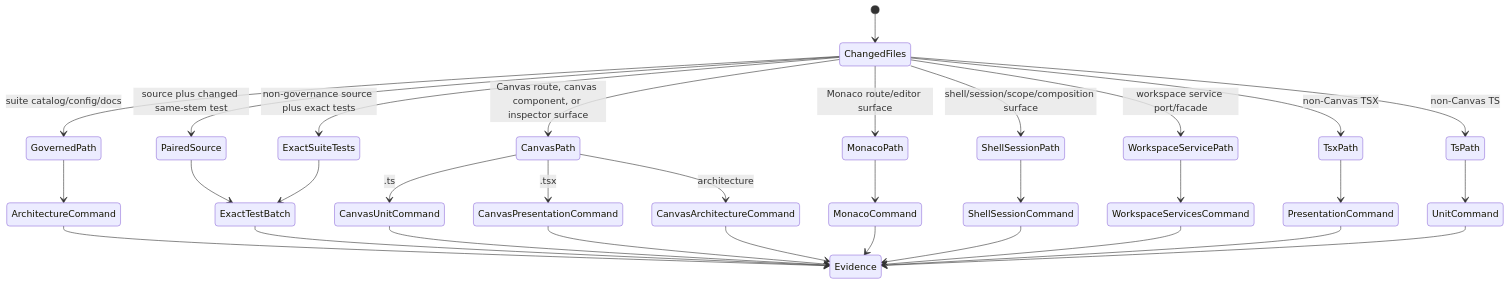
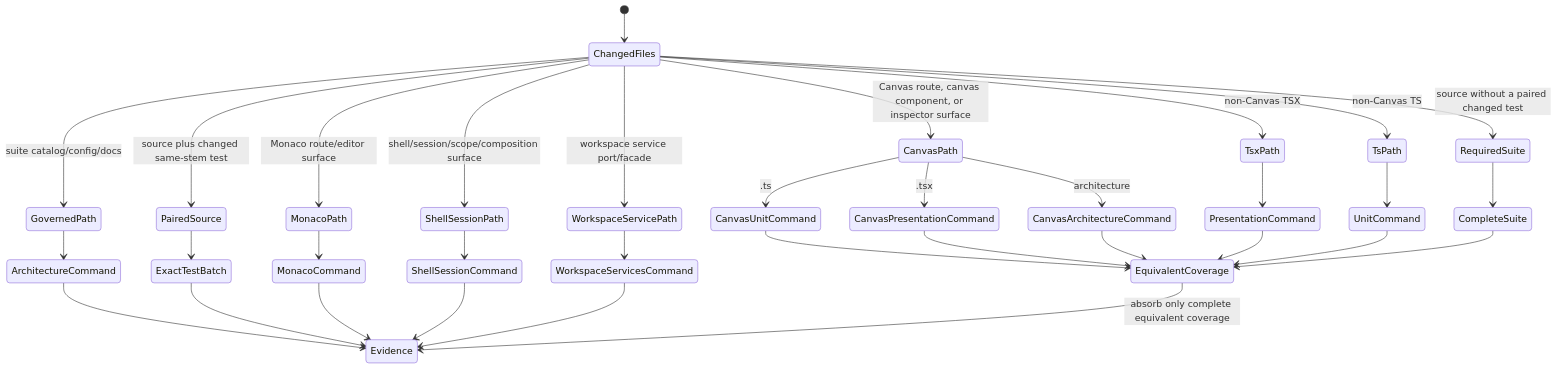
The first of 2 diagrams in docs/architecture/components/web/web-vitest-changed-suite-router-component.md (dunay2/dvt), drawn with Mermaid before and after one commit. The commit also changed other lines of this file and 6 other files, not shown here.

Commit message:
perf(web): Preserve test obligations and deduplicate Canvas suites (#3543)

````diff
--- a/docs/architecture/components/web/web-vitest-changed-suite-router-component.md
+++ b/docs/architecture/components/web/web-vitest-changed-suite-router-component.md
@@ -88,34 +96,36 @@
 ```mermaid
 stateDiagram-v2
   [*] --> ChangedFiles
   ChangedFiles --> GovernedPath: suite catalog/config/docs
   ChangedFiles --> PairedSource: source plus changed same-stem test
-  ChangedFiles --> ExactSuiteTests: non-governance source plus exact tests
+  ChangedFiles --> RequiredSuite: source without a paired changed test
   ChangedFiles --> CanvasPath: Canvas route, canvas component, or inspector surface
   ChangedFiles --> MonacoPath: Monaco route/editor surface
   ChangedFiles --> ShellSessionPath: shell/session/scope/composition surface
   ChangedFiles --> WorkspaceServicePath: workspace service port/facade
   ChangedFiles --> TsxPath: non-Canvas TSX
   ChangedFiles --> TsPath: non-Canvas TS
   GovernedPath --> ArchitectureCommand
   PairedSource --> ExactTestBatch
-  ExactSuiteTests --> ExactTestBatch
+  RequiredSuite --> CompleteSuite
   CanvasPath --> CanvasUnitCommand: .ts
   CanvasPath --> CanvasPresentationCommand: .tsx
   CanvasPath --> CanvasArchitectureCommand: architecture
   MonacoPath --> MonacoCommand
   ShellSessionPath --> ShellSessionCommand
   WorkspaceServicePath --> WorkspaceServicesCommand
   TsxPath --> PresentationCommand
   TsPath --> UnitCommand
   ArchitectureCommand --> Evidence
   ExactTestBatch --> Evidence
-  CanvasUnitCommand --> Evidence
-  CanvasPresentationCommand --> Evidence
-  CanvasArchitectureCommand --> Evidence
+  CanvasUnitCommand --> EquivalentCoverage
+  CanvasPresentationCommand --> EquivalentCoverage
+  CanvasArchitectureCommand --> EquivalentCoverage
   MonacoCommand --> Evidence
   ShellSessionCommand --> Evidence
   WorkspaceServicesCommand --> Evidence
-  PresentationCommand --> Evidence
-  UnitCommand --> Evidence
+  PresentationCommand --> EquivalentCoverage
+  UnitCommand --> EquivalentCoverage
+  CompleteSuite --> EquivalentCoverage
+  EquivalentCoverage --> Evidence: absorb only complete equivalent coverage
 ```
````
